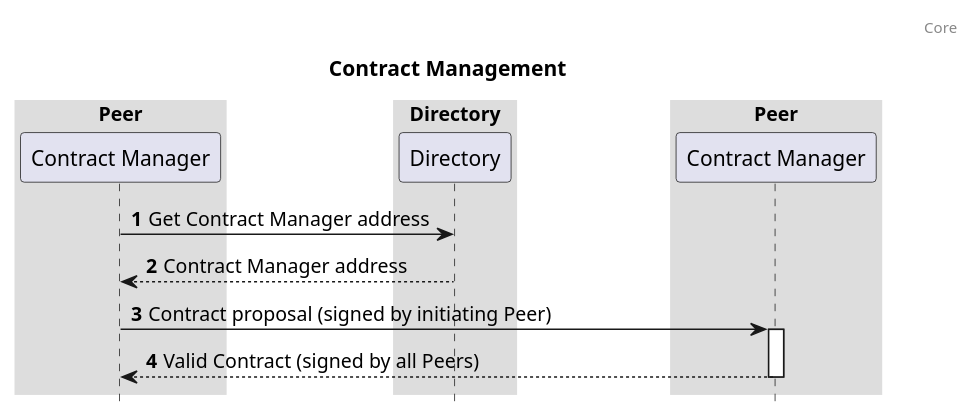
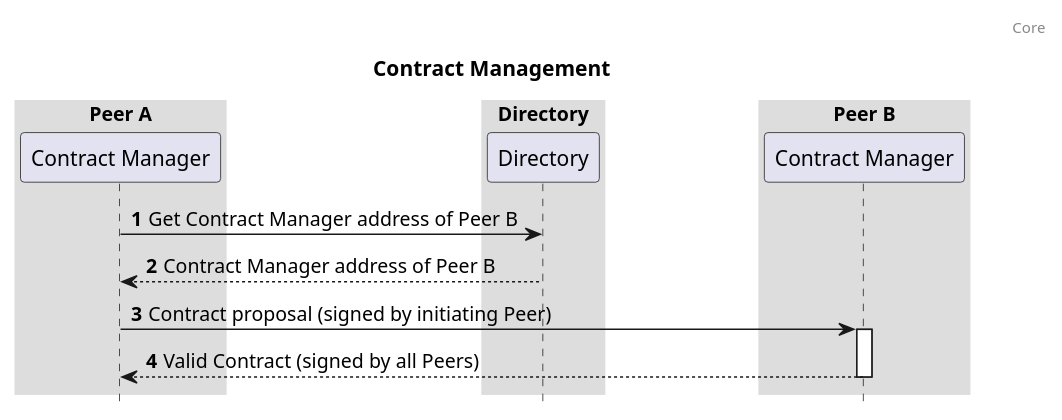
Before and after one commit to Logius-standaarden/fsc-core: the diagram in diagrams/seq-contract-management.puml, drawn with PlantUML. The commit also changed 2 other files, not shown here.

```diff
--- a/diagrams/seq-contract-management.puml
+++ b/diagrams/seq-contract-management.puml
@@ -1,26 +1,26 @@
 @startuml
 
 autonumber
 header: Core
 title: Contract Management
 
-box "Peer"
+box "Peer A"
   participant "Contract Manager" as cm1
 end box
 box "Directory"
   participant "Directory" as directory
 end box
-box "Peer"
+box "Peer B"
   participant "Contract Manager" as cm2
 end box
 
-cm1 -> directory: Get Contract Manager address
-return Contract Manager address
+cm1 -> directory: Get Contract Manager address of Peer B
+return Contract Manager address of Peer B
 cm1 -> cm2 ++ : Contract proposal (signed by initiating Peer)
 
 return Valid Contract (signed by all Peers)
 
 skinparam sequenceBoxBorderColor #transparent
 skinparam boxPadding 50
 hide footbox
 @enduml
```
